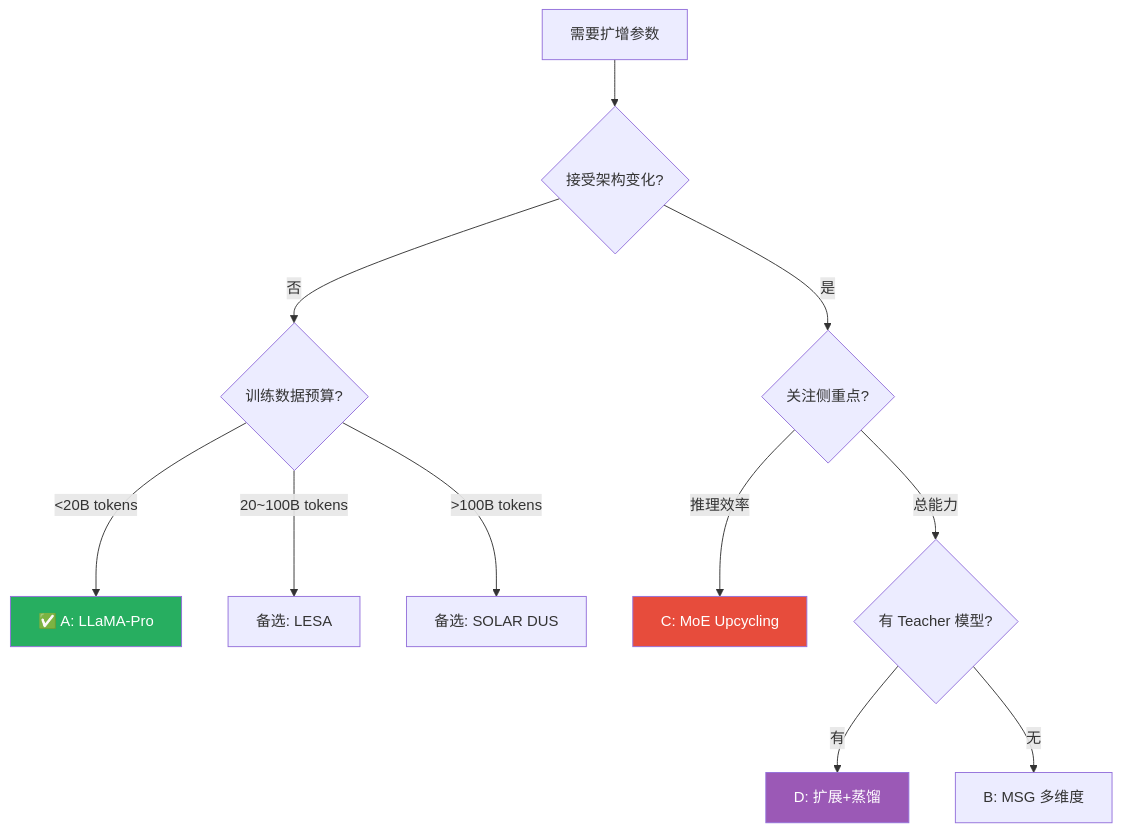
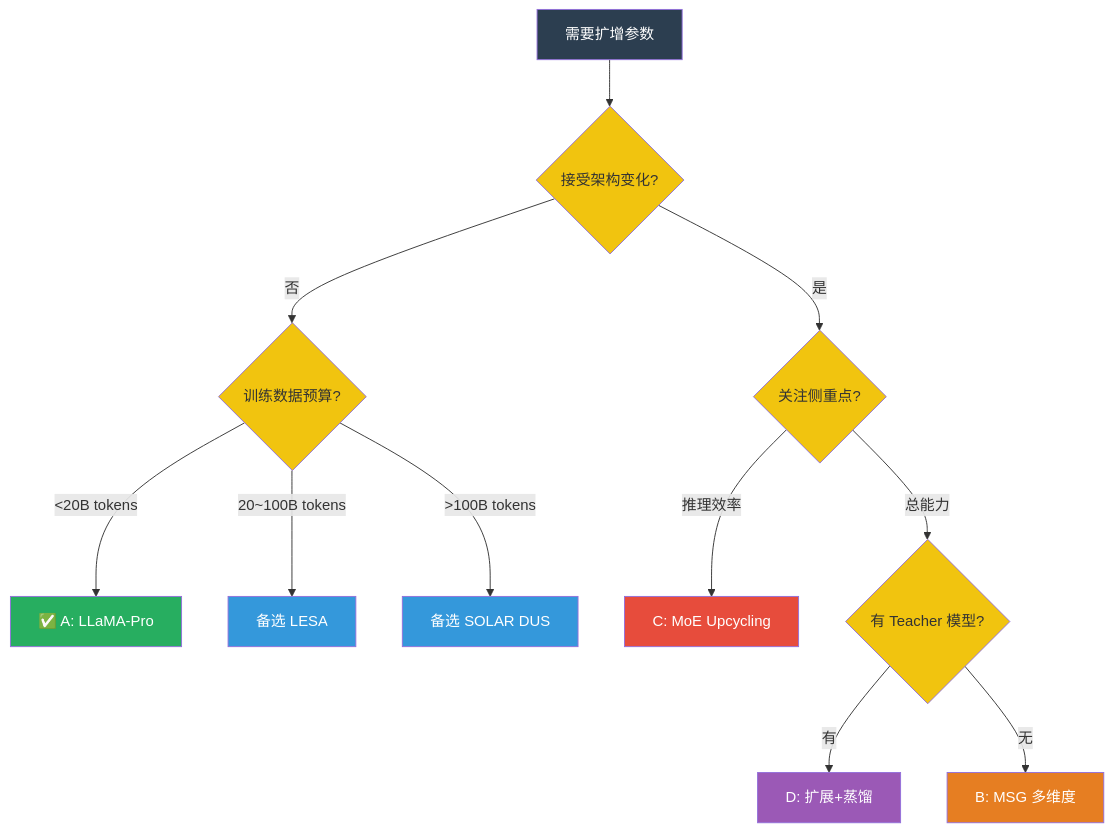
One commit to jianzhnie/PCL-Model-Kit changed diagram 15 of 15 in docs/llm_param_expansion.md. Above: the diagram before and after it, drawn with Mermaid. The commit also changed other lines of this file, not shown here.

````diff
--- a/docs/llm_param_expansion.md
+++ b/docs/llm_param_expansion.md
@@ -590,16 +679,24 @@
 ```mermaid
 graph TD
     START["需要扩增参数"] --> Q1{"接受架构变化?"}
     Q1 -->|否| Q2{"训练数据预算?"}
     Q1 -->|是| Q3{"关注侧重点?"}
     Q2 -->|"<20B tokens"| A["✅ A: LLaMA-Pro"]
-    Q2 -->|"20~100B tokens"| ALT1["备选: LESA"]
-    Q2 -->|">100B tokens"| ALT2["备选: SOLAR DUS"]
+    Q2 -->|"20~100B tokens"| ALT1["备选 LESA"]
+    Q2 -->|">100B tokens"| ALT2["备选 SOLAR DUS"]
     Q3 -->|推理效率| C["C: MoE Upcycling"]
     Q3 -->|总能力| Q4{"有 Teacher 模型?"}
     Q4 -->|有| D["D: 扩展+蒸馏"]
     Q4 -->|无| B["B: MSG 多维度"]
+    style START fill:#2C3E50,color:#fff
+    style Q1 fill:#F1C40F,color:#333
+    style Q2 fill:#F1C40F,color:#333
+    style Q3 fill:#F1C40F,color:#333
+    style Q4 fill:#F1C40F,color:#333
     style A fill:#27AE60,color:#fff
+    style ALT1 fill:#3498DB,color:#fff
+    style ALT2 fill:#3498DB,color:#fff
+    style B fill:#E67E22,color:#fff
     style C fill:#E74C3C,color:#fff
     style D fill:#9B59B6,color:#fff
 ```
````
